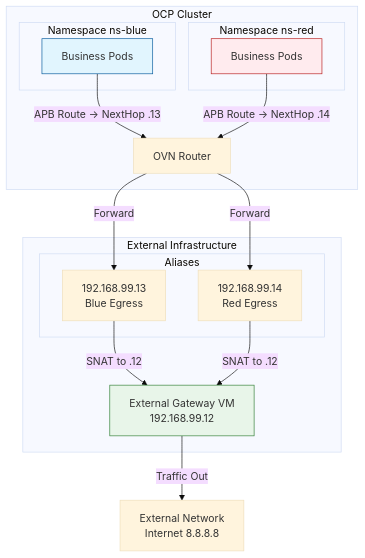
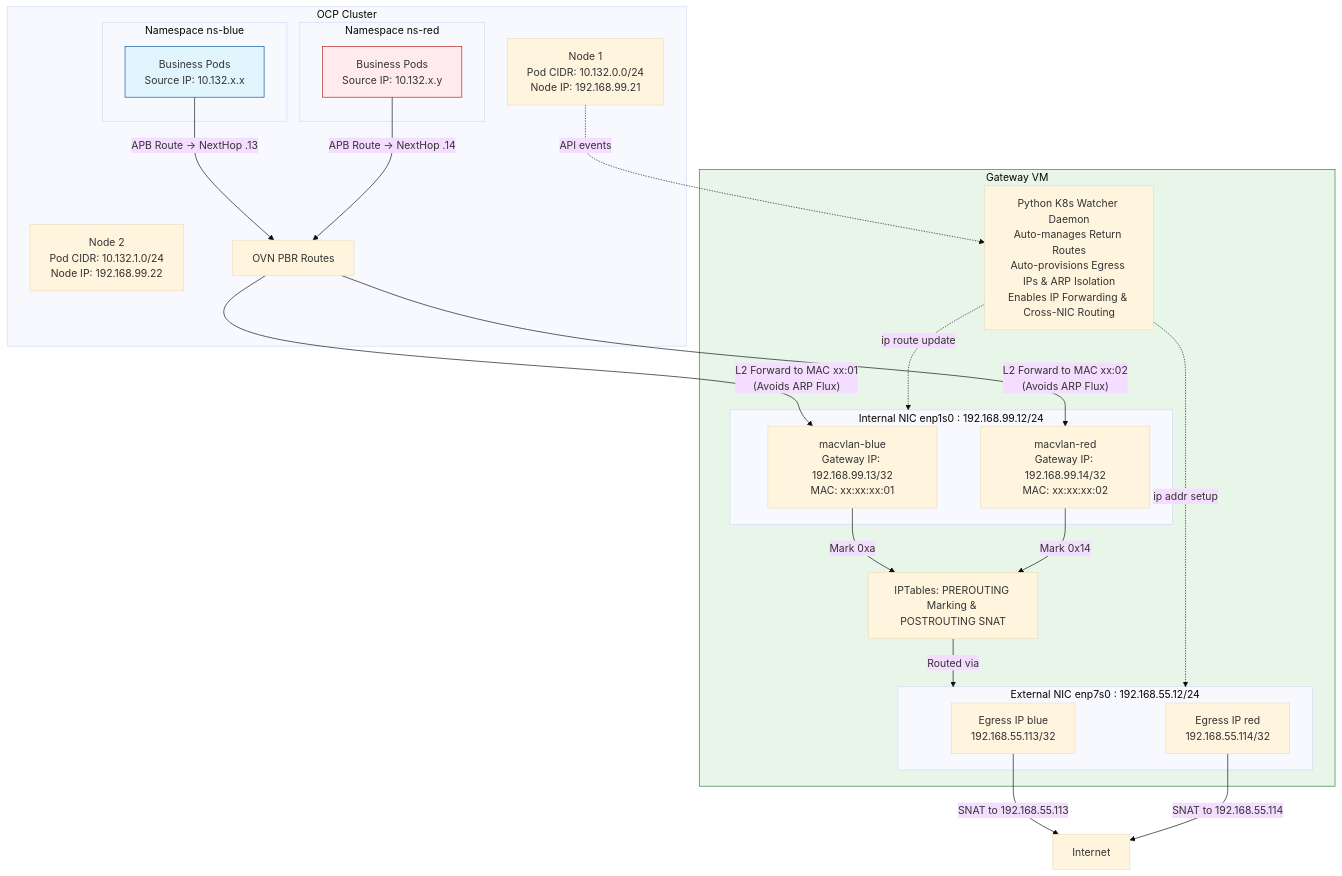
The diagram in redhat/ocp4/4.18/2026.01.ovn.egressip.vm.md (wangzheng422/docker_env), drawn with Mermaid (base theme) before and after one commit. The commit also changed other lines of this file and 2 other files, not shown here.

Commit message:
feat: 增强 OVN EgressIP 外部网关 VM 解决方案，引入 Python 守护进程实现动态路由管理、MACVLAN 隔离和 IPTables SNAT。

````diff
--- a/redhat/ocp4/4.18/2026.01.ovn.egressip.vm.md
+++ b/redhat/ocp4/4.18/2026.01.ovn.egressip.vm.md
@@ -26,42 +25,58 @@
 ```mermaid
 graph TD
     subgraph OCP_Cluster [OCP Cluster]
+        Node1[Node 1<br/>Pod CIDR: 10.132.0.0/24<br/>Node IP: 192.168.99.21]
+        Node2[Node 2<br/>Pod CIDR: 10.132.1.0/24<br/>Node IP: 192.168.99.22]
+        
         subgraph ns_blue [Namespace ns-blue]
-            BP_B[Business Pods]
-        end
-
-        subgraph ns_red [Namespace ns-red]
-            BP_R[Business Pods]
+            BP_B[Business Pods<br/>Source IP: 10.132.x.x]
         end
         
-        Router[OVN Router]
+        subgraph ns_red [Namespace ns-red]
+            BP_R[Business Pods<br/>Source IP: 10.132.x.y]
+        end
+        
+        Router[OVN PBR Routes]
     end
     
-    subgraph External_Infrastructure [External Infrastructure]
-        GW_VM[External Gateway VM<br/>192.168.99.12]
+    subgraph External_Infrastructure [Gateway VM]
+        K8sDaemon[Python K8s Watcher Daemon<br/>Auto-manages Return Routes<br/>Auto-provisions Egress IPs & ARP Isolation<br/>Enables IP Forwarding & Cross-NIC Routing]
         
-        subgraph Aliases
-            IP_B[192.168.99.13<br/>Blue Egress]
-            IP_R[192.168.99.14<br/>Red Egress]
+        subgraph Internal_Interface [Internal NIC enp1s0 : 192.168.99.12/24]
+            MAC_B[macvlan-blue<br/>Gateway IP: 192.168.99.13/32<br/>MAC: xx:xx:xx:01]
+            MAC_R[macvlan-red<br/>Gateway IP: 192.168.99.14/32<br/>MAC: xx:xx:xx:02]
         end
+        
+        IPTables[IPTables: PREROUTING Marking & POSTROUTING SNAT]
+        
+        subgraph External_Interface [External NIC enp7s0 : 192.168.55.12/24]
+            EIP_B[Egress IP blue<br/>192.168.55.113/32]
+            EIP_R[Egress IP red<br/>192.168.55.114/32]
+        end
+        
+        MAC_B -- "Mark 0xa" --> IPTables
+        MAC_R -- "Mark 0x14" --> IPTables
+        IPTables -- "Routed via" --> External_Interface
     end
     
-    EXT[External Network<br/>Internet 8.8.8.8]
+    EXT[Internet]
     
     %% Traffic Flow
     BP_B -- "APB Route -> NextHop .13" --> Router
     BP_R -- "APB Route -> NextHop .14" --> Router
     
-    Router -- "Forward" --> IP_B
-    Router -- "Forward" --> IP_R
+    Router -- "L2 Forward to MAC xx:01<br/>(Avoids ARP Flux)" --> MAC_B
+    Router -- "L2 Forward to MAC xx:02<br/>(Avoids ARP Flux)" --> MAC_R
     
-    IP_B -- "SNAT to .12" --> GW_VM
-    IP_R -- "SNAT to .12" --> GW_VM
+    EIP_B -- "SNAT to 192.168.55.113" --> EXT
+    EIP_R -- "SNAT to 192.168.55.114" --> EXT
     
-    GW_VM -- "Traffic Out" --> EXT
+    Node1 -. "API events" .-> K8sDaemon
+    K8sDaemon -. "ip route update" .-> Internal_Interface
+    K8sDaemon -. "ip addr setup" .-> External_Interface
     
     %% Styling
     style BP_B fill:#e1f5fe,stroke:#01579b
     style BP_R fill:#ffebee,stroke:#b71c1c
-    style GW_VM fill:#e8f5e9,stroke:#2e7d32
+    style External_Infrastructure fill:#e8f5e9,stroke:#2e7d32
 ```
````
